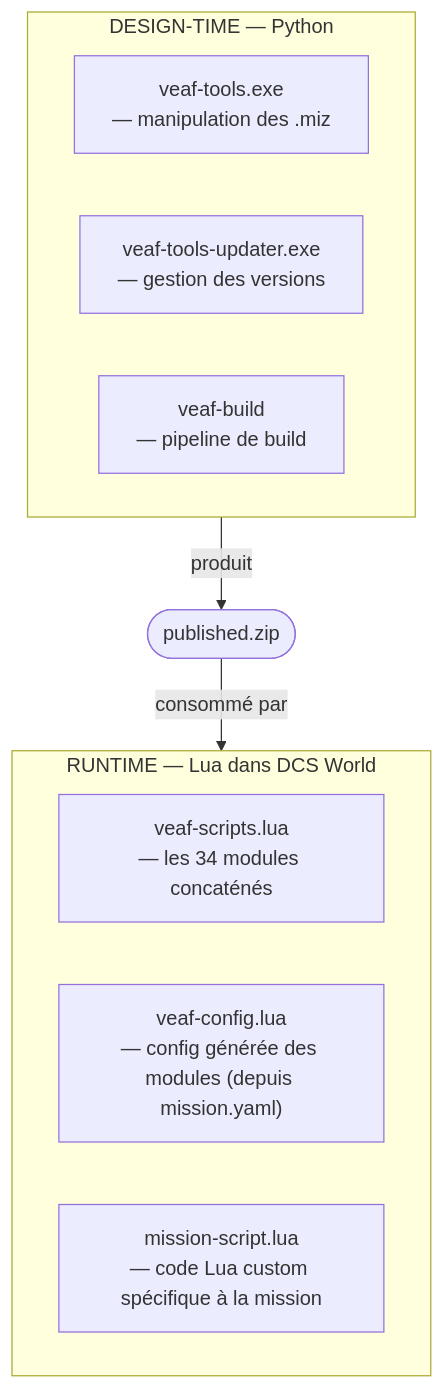
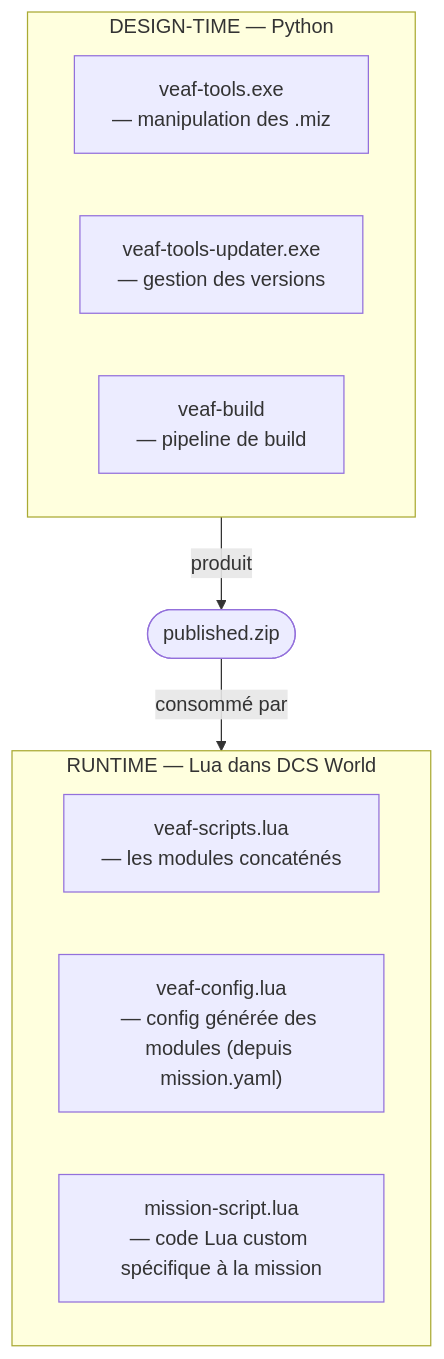
Before and after one commit to VEAF/VEAF-Mission-Creation-Tools: the diagram in doc/developer/GUIDE.md, drawn with Mermaid. The commit also changed other lines of this file and 43 other files, not shown here.

````diff
--- a/doc/developer/GUIDE.md
+++ b/doc/developer/GUIDE.md
@@ -26,15 +26,15 @@
 ```mermaid
 flowchart TD
     subgraph DT["DESIGN-TIME — Python"]
         tools["veaf-tools.exe<br/>— manipulation des .miz"]
         updater["veaf-tools-updater.exe<br/>— gestion des versions"]
         build["veaf-build<br/>— pipeline de build"]
     end
     DT -->|produit| zip(["published.zip"])
     zip -->|consommé par| RT
     subgraph RT["RUNTIME — Lua dans DCS World"]
-        scripts["veaf-scripts.lua<br/>— les 34 modules concaténés"]
+        scripts["veaf-scripts.lua<br/>— les modules concaténés"]
         config["veaf-config.lua<br/>— config générée des modules (depuis mission.yaml)"]
         custom["mission-script.lua<br/>— code Lua custom spécifique à la mission"]
     end
 ```
````
